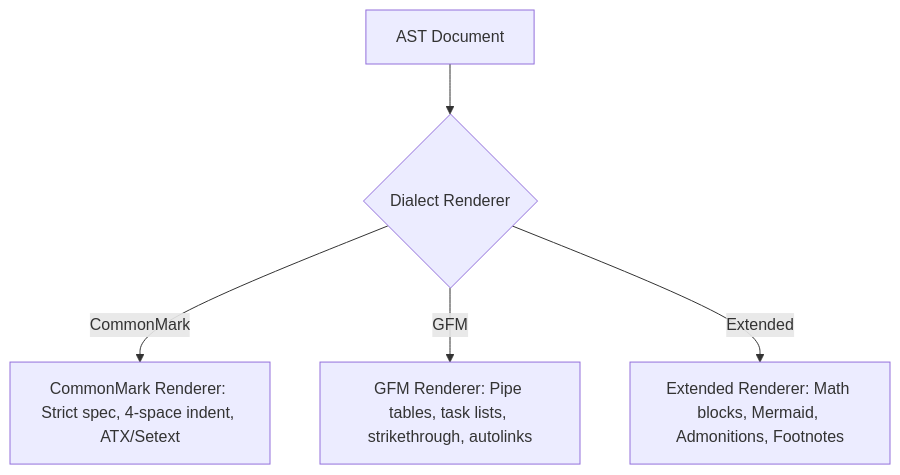
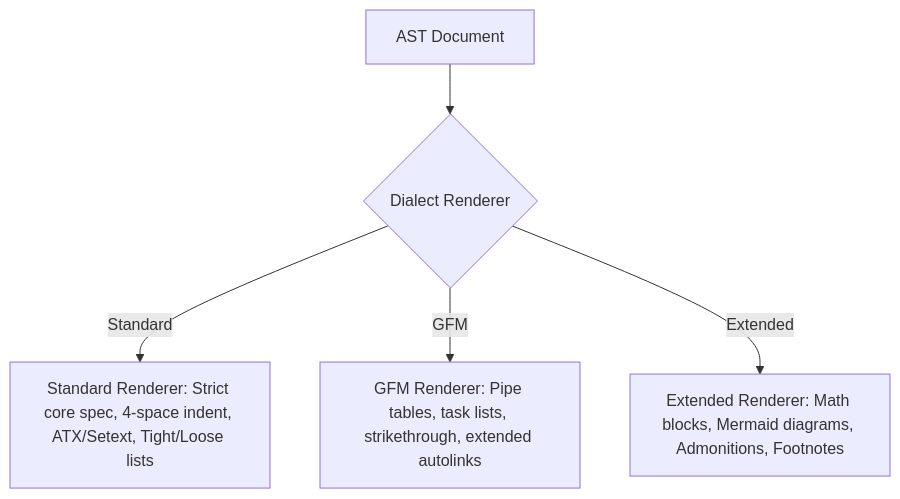
One commit to shakilapr/dummy-md changed the fifth of 5 diagrams in ARCHITECTURE.md. Above: the diagram before and after it, drawn with Mermaid. The commit also changed other lines of this file and 4 other files, not shown here.

````diff
--- a/ARCHITECTURE.md
+++ b/ARCHITECTURE.md
@@ -338,7 +455,7 @@
 ```mermaid
 flowchart TD
     AST[AST Document] --> R{Dialect Renderer}
-    R -->|CommonMark| CMR[CommonMark Renderer: Strict spec, 4-space indent, ATX/Setext]
-    R -->|GFM| GFMR[GFM Renderer: Pipe tables, task lists, strikethrough, autolinks]
-    R -->|Extended| EXTR[Extended Renderer: Math blocks, Mermaid, Admonitions, Footnotes]
+    R -->|Standard| SMR[Standard Renderer: Strict core spec, 4-space indent, ATX/Setext, Tight/Loose lists]
+    R -->|GFM| GFMR[GFM Renderer: Pipe tables, task lists, strikethrough, extended autolinks]
+    R -->|Extended| EXTR[Extended Renderer: Math blocks, Mermaid diagrams, Admonitions, Footnotes]
 ```
````
